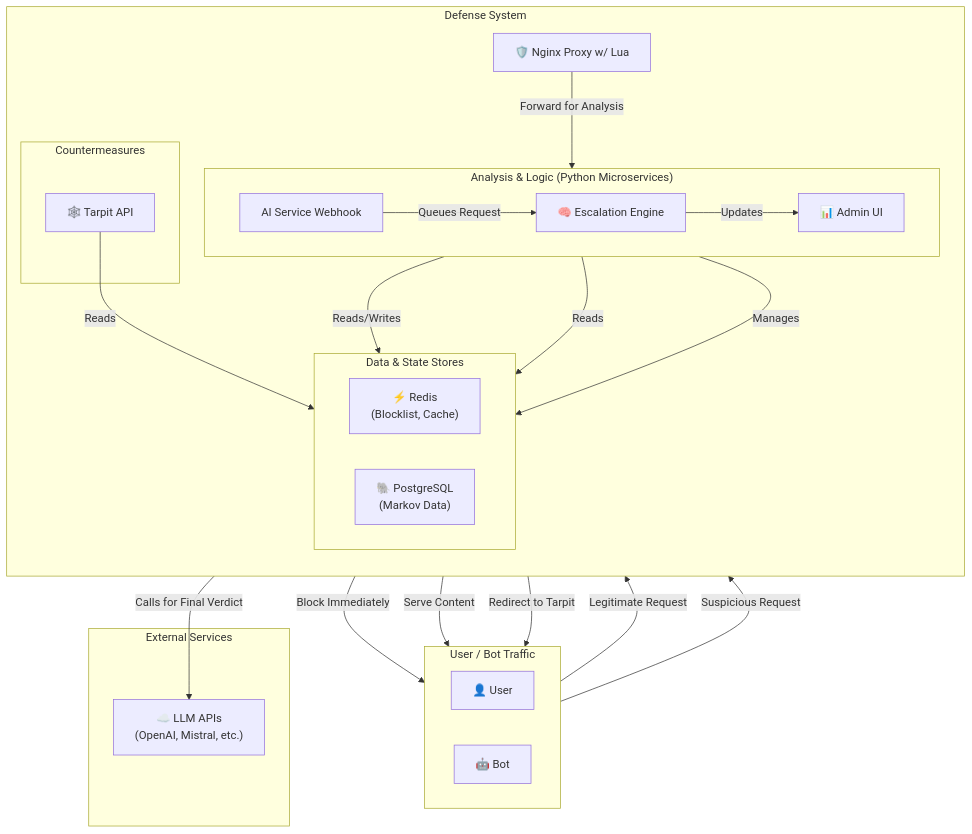
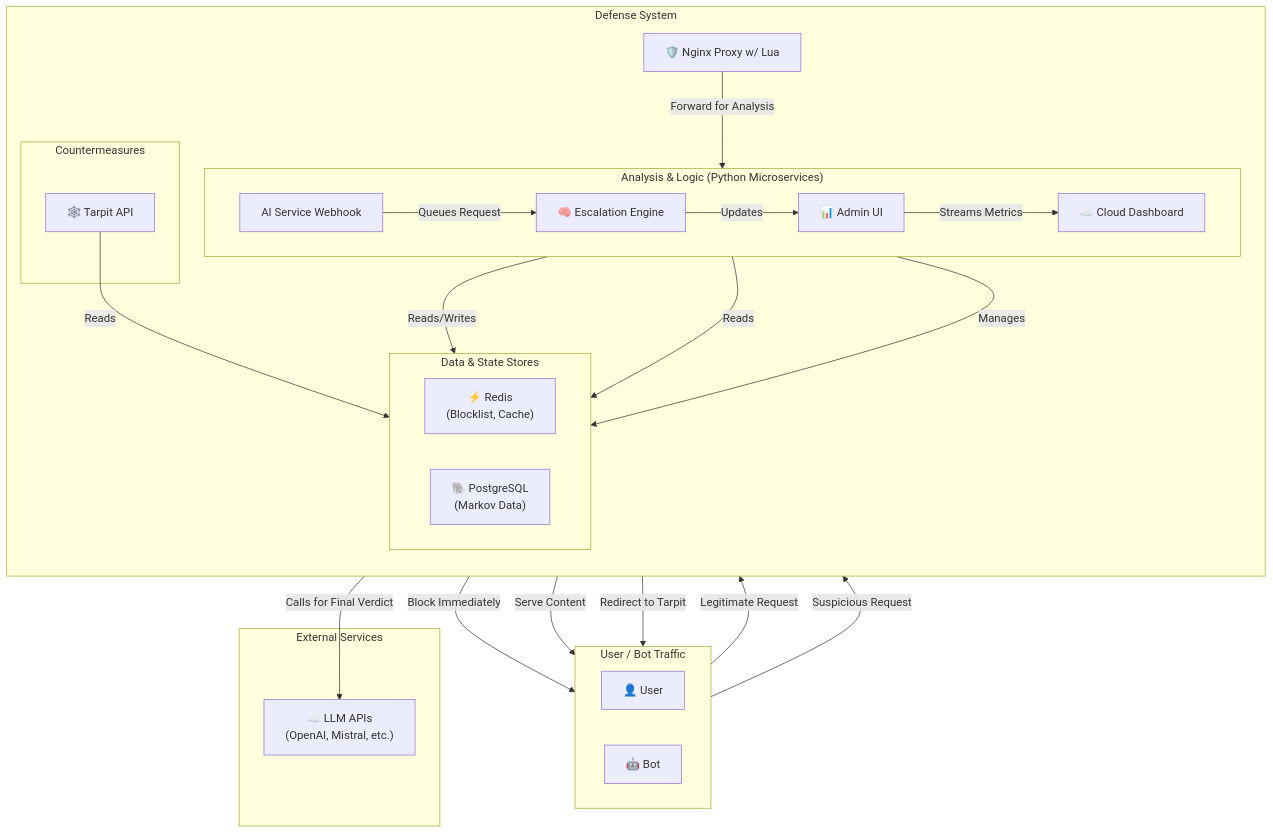
One commit to rhamenator/ai-scraping-defense changed the first of 3 diagrams in docs/architecture.md. Above: the diagram before and after it, drawn with Mermaid. The commit also changed other lines of this file and 9 other files, not shown here.

Commit message:
Add cloud dashboard service

````diff
--- a/docs/architecture.md
+++ b/docs/architecture.md
@@ -29,52 +30,54 @@
 ```mermaid
 graph TD
     subgraph "User / Bot Traffic"
         direction LR
         User["👤 User"]
         Bot["🤖 Bot"]
     end
 
     subgraph "Defense System"
         direction TB
         Nginx["🛡️ Nginx Proxy w/ Lua"]
         
         subgraph "Analysis & Logic (Python Microservices)"
             direction LR
             AIService["AI Service Webhook"]
             EscalationEngine["🧠 Escalation Engine"]
             AdminUI["📊 Admin UI"]
+            CloudDashboard["☁️ Cloud Dashboard"]
         end
 
         subgraph "Countermeasures"
             TarpitAPI["🕸️ Tarpit API"]
         end
 
         subgraph "Data & State Stores"
             direction LR
             Redis["⚡ Redis\n(Blocklist, Cache)"]
             Postgres["🐘 PostgreSQL\n(Markov Data)"]
         end
     end
     
     subgraph "External Services"
         LLM["☁️ LLM APIs\n(OpenAI, Mistral, etc.)"]
     end
 
     User -- "Legitimate Request" --> Nginx
     Bot -- "Suspicious Request" --> Nginx
 
     Nginx -- "Block Immediately" --> Bot
     Nginx -- "Forward for Analysis" --> AIService
     Nginx -- "Serve Content" --> User
     Nginx -- "Redirect to Tarpit" --> Bot
 
     AIService -- "Queues Request" --> EscalationEngine
     EscalationEngine -- "Reads/Writes" --> Redis
     EscalationEngine -- "Reads" --> Postgres
     EscalationEngine -- "Calls for Final Verdict" --> LLM
     EscalationEngine -- "Updates" --> AdminUI
+    AdminUI -- "Streams Metrics" --> CloudDashboard
 
     AdminUI -- "Manages" --> Redis
 
     TarpitAPI -- "Reads" --> Postgres
 ```
````
